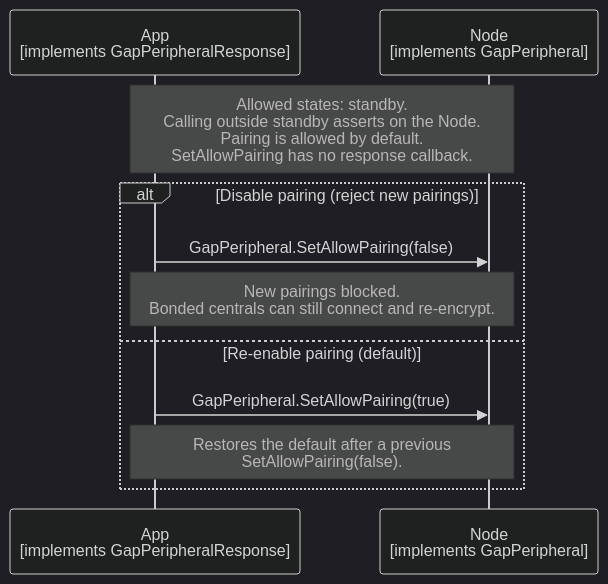
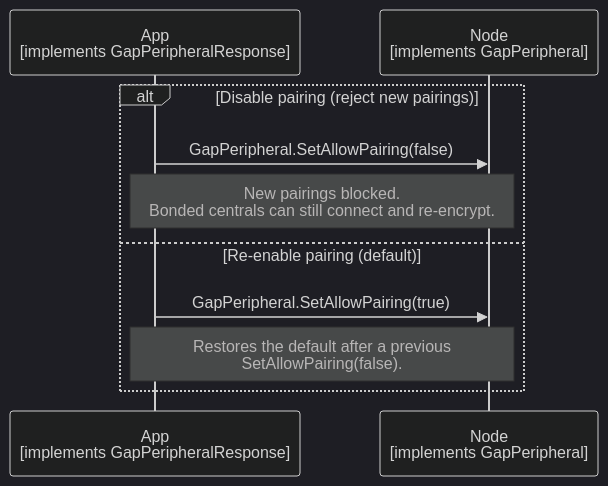
The diagram in documents/modules/ROOT/partials/echoservices/gap_peripheral/GapPeripheral_SetAllowPairing_sequence.mmd (philips-software/amp-embedded-infra-lib), drawn with Mermaid (dark theme) before and after one commit. The commit also changed 28 other files, not shown here.

```diff
--- a/documents/modules/ROOT/partials/echoservices/gap_peripheral/GapPeripheral_SetAllowPairing_sequence.mmd
+++ b/documents/modules/ROOT/partials/echoservices/gap_peripheral/GapPeripheral_SetAllowPairing_sequence.mmd
@@ -1,13 +1,11 @@
 sequenceDiagram
     participant App as App<br>[implements GapPeripheralResponse]
     participant Node as Node<br>[implements GapPeripheral]
-
-    Note over App, Node: Allowed states: standby.<br>Calling outside standby asserts on the Node.<br>Pairing is allowed by default.<br>SetAllowPairing has no response callback.
 
     alt Disable pairing (reject new pairings)
         App->>Node: GapPeripheral.SetAllowPairing(false)
         Note over App, Node: New pairings blocked.<br>Bonded centrals can still connect and re-encrypt.
     else Re-enable pairing (default)
         App->>Node: GapPeripheral.SetAllowPairing(true)
         Note over App, Node: Restores the default after a previous<br>SetAllowPairing(false).
     end
```
